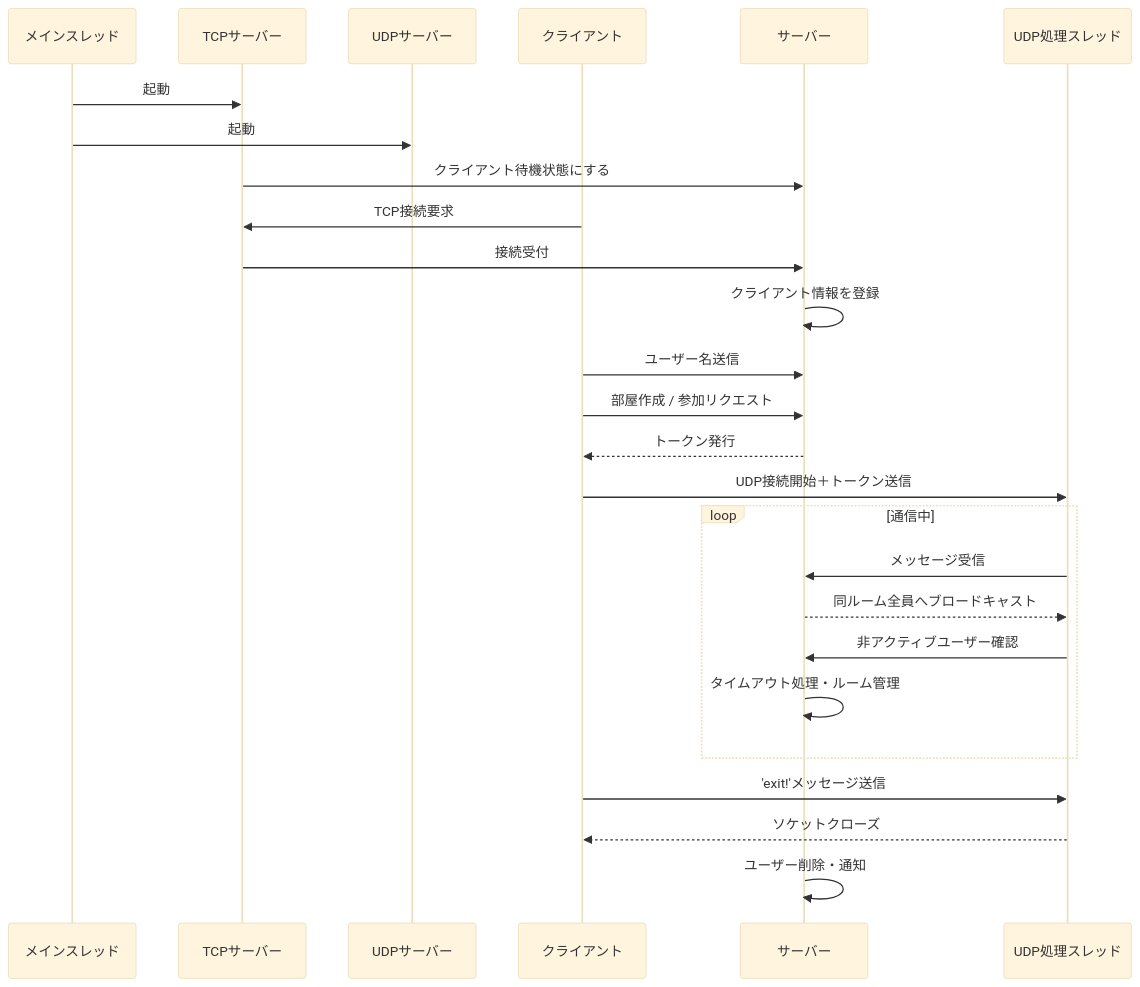
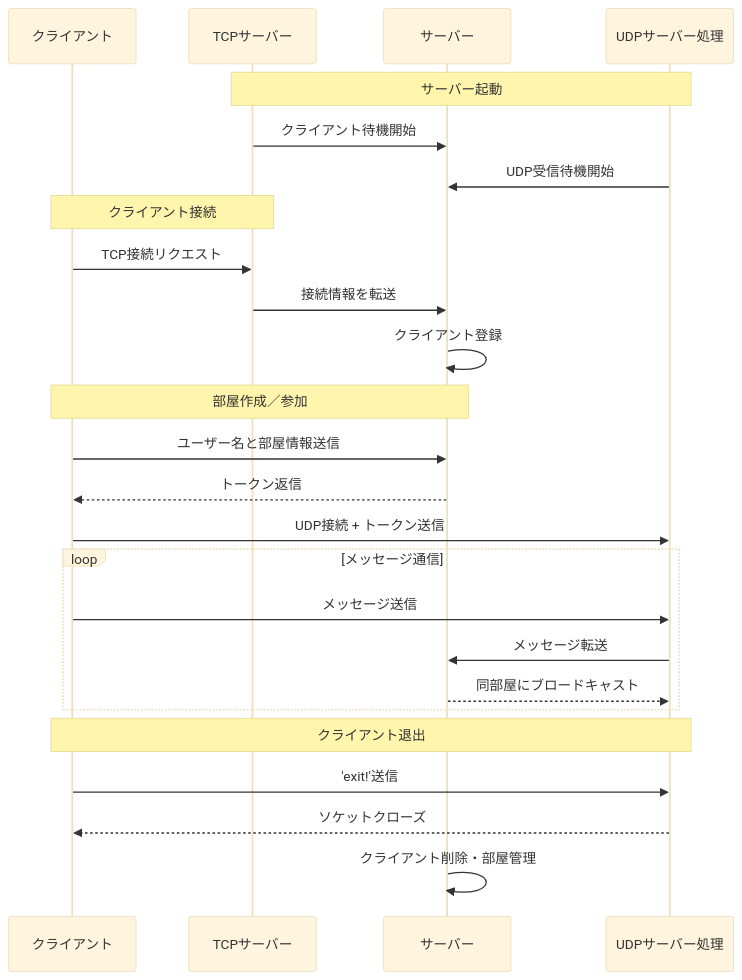
One commit to BackendExplorer/Tenshin changed the diagram in README.md. Above: the diagram before and after it, drawn with Mermaid (base theme).

````diff
--- a/README.md
+++ b/README.md
@@ -1,39 +1,38 @@
 ```mermaid
 sequenceDiagram
-    %% 登場人物
-    participant MainThread as メインスレッド
+    %% 登場人物の整理（役割ごと）
+    participant Client as クライアント
     participant TCPServer as TCPサーバー
-    participant UDPServer as UDPサーバー
-    participant Client as クライアント
-    participant CoreServer as サーバー
-    participant UDPHandler as UDP処理スレッド
+    participant MainServer as サーバー
+    participant UDPHandler as UDPサーバー処理
 
-    %% フェーズ1：サーバー起動
-    MainThread->>TCPServer: 起動
-    MainThread->>UDPServer: 起動
-    TCPServer->>CoreServer: クライアント待機状態にする
+    %% --- 起動フェーズ ---
+    Note over TCPServer, UDPHandler: サーバー起動
+    TCPServer->>MainServer: クライアント待機開始
+    UDPHandler->>MainServer: UDP受信待機開始
 
-    %% フェーズ2：クライアント接続
-    Client->>TCPServer: TCP接続要求
-    TCPServer->>CoreServer: 接続受付
-    CoreServer->>CoreServer: クライアント情報を登録
+    %% --- 接続フェーズ ---
+    Note over Client, TCPServer: クライアント接続
+    Client->>TCPServer: TCP接続リクエスト
+    TCPServer->>MainServer: 接続情報を転送
+    MainServer->>MainServer: クライアント登録
 
-    %% フェーズ3：ルーム参加とUDP通信
-    Client->>CoreServer: ユーザー名送信
-    Client->>CoreServer: 部屋作成 / 参加リクエスト
-    CoreServer-->>Client: トークン発行
-    Client->>UDPHandler: UDP接続開始＋トークン送信
+    %% --- 認証・部屋処理フェーズ ---
+    Note over Client, MainServer: 部屋作成／参加
+    Client->>MainServer: ユーザー名と部屋情報送信
+    MainServer-->>Client: トークン返信
+    Client->>UDPHandler: UDP接続 + トークン送信
 
-    %% フェーズ4：リアルタイム通信・終了処理
-    loop 通信中
-        UDPHandler->>CoreServer: メッセージ受信
-        CoreServer-->>UDPHandler: 同ルーム全員へブロードキャスト
-        UDPHandler->>CoreServer: 非アクティブユーザー確認
-        CoreServer->>CoreServer: タイムアウト処理・ルーム管理
+    %% --- メッセージ通信フェーズ ---
+    loop メッセージ通信
+        Client->>UDPHandler: メッセージ送信
+        UDPHandler->>MainServer: メッセージ転送
+        MainServer-->>UDPHandler: 同部屋にブロードキャスト
     end
 
-    %% クライアント終了処理
-    Client->>UDPHandler: 'exit!'メッセージ送信
+    %% --- クライアント終了処理 ---
+    Note over Client, UDPHandler: クライアント退出
+    Client->>UDPHandler: 'exit!'送信
     UDPHandler-->>Client: ソケットクローズ
-    CoreServer->>CoreServer: ユーザー削除・通知
+    MainServer->>MainServer: クライアント削除・部屋管理
 ```
````
